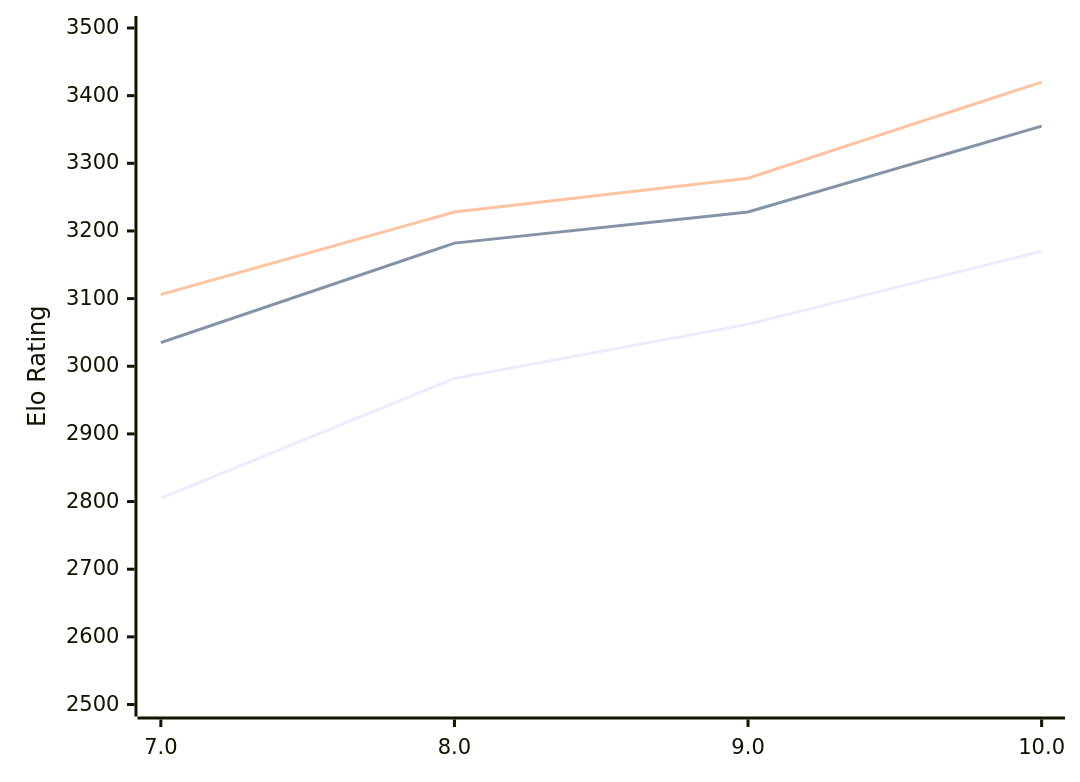
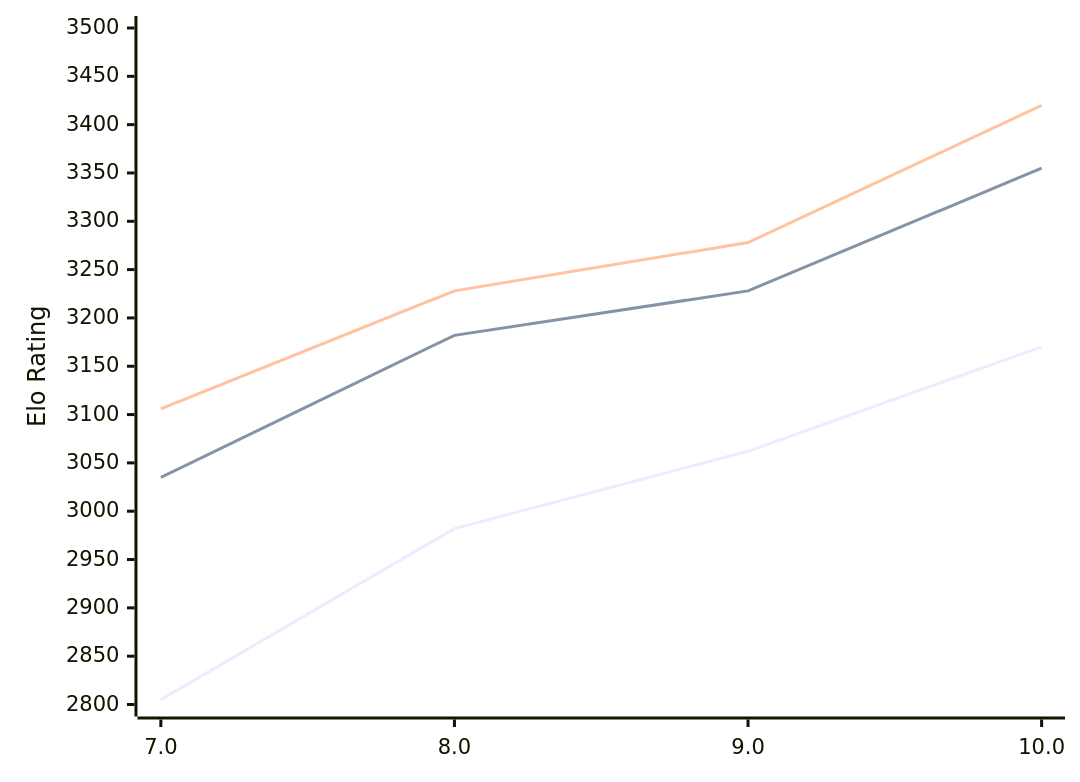
Before and after one commit to computer-chess-index/cci: the diagram in engines/Tcheran.md, drawn with Mermaid. The commit also changed other lines of this file, not shown here.

Commit message:
Update CCI Ratings (ELO VLTC) - 2026-02-10

````diff
--- a/engines/Tcheran.md
+++ b/engines/Tcheran.md
@@ -45,9 +45,9 @@
 ```mermaid
 %%{init: {"theme":"base","themeVariables":{"seriesColors:['#a3a3a3','#222221','#faa371']}}}%%
 xychart-beta
   x-axis ["7.0", "8.0", "9.0", "10.0"]
-  y-axis "Elo Rating" 2500 --> 3500
+  y-axis "Elo Rating" 2800 --> 3500
   line "STC (8.0+0.08s)" [2805, 2982, 3062, 3170]
   line "LTC (60.0+0.60s)" [3035, 3182, 3228, 3355]
   line "VLTC (2m24s+1.12s)" [3106, 3228, 3278, 3420]
 ```
````
